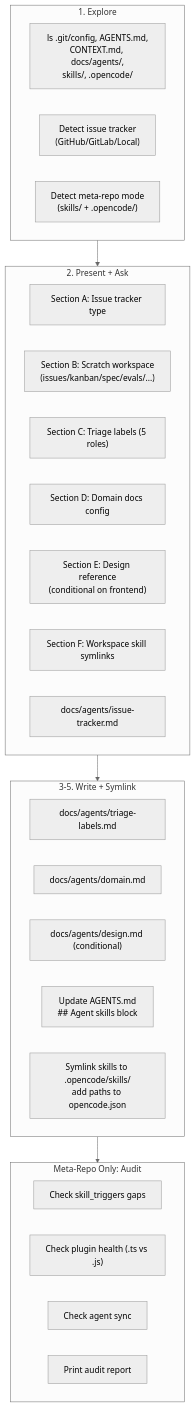
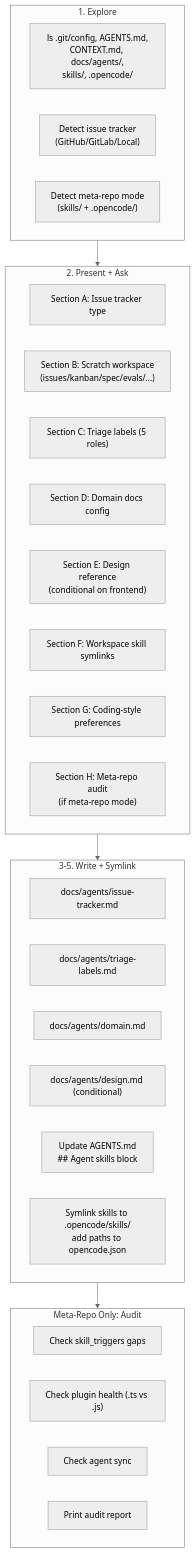
Before and after one commit to TudeOrangBiasa/opencode-workflow: the diagram in skills/engineering/workflow/agent-config/REFERENCE.md, drawn with Mermaid (neutral theme). The commit also changed other lines of this file and 2 other files, not shown here.

First line of the commit message:
feat(agent-config): add Section G coding-style + harden edge cases

````diff
--- a/skills/engineering/workflow/agent-config/REFERENCE.md
+++ b/skills/engineering/workflow/agent-config/REFERENCE.md
@@ -5,34 +5,35 @@
 ```mermaid
 graph TB
     subgraph EXPLORE["1. Explore"]
         A["ls .git/config, AGENTS.md,<br/>CONTEXT.md, docs/agents/,<br/>skills/, .opencode/"]
         B["Detect issue tracker<br/>(GitHub/GitLab/Local)"]
         C["Detect meta-repo mode<br/>(skills/ + .opencode/)"]
     end
     subgraph PRESENT["2. Present + Ask"]
         D["Section A: Issue tracker type"]
         E["Section B: Scratch workspace<br/>(issues/kanban/spec/evals/...)"]
         F["Section C: Triage labels (5 roles)"]
         G["Section D: Domain docs config"]
         H["Section E: Design reference<br/>(conditional on frontend)"]
         I["Section F: Workspace skill symlinks"]
-        J["Section G: Meta-repo audit<br/>(if meta-repo mode)"]
+        CS["Section G: Coding-style preferences"]
+        MT["Section H: Meta-repo audit<br/>(if meta-repo mode)"]
     end
     subgraph WRITE["3-5. Write + Symlink"]
         J["docs/agents/issue-tracker.md"]
         K["docs/agents/triage-labels.md"]
         L["docs/agents/domain.md"]
         M["docs/agents/design.md (conditional)"]
         N["Update AGENTS.md<br/>## Agent skills block"]
         O["Symlink skills to .opencode/skills/<br/>add paths to opencode.json"]
     end
     subgraph AUDIT["Meta-Repo Only: Audit"]
         P["Check skill_triggers gaps"]
         Q["Check plugin health (.ts vs .js)"]
         R["Check agent sync"]
         S["Print audit report"]
     end
     EXPLORE --> PRESENT
     PRESENT --> WRITE
     WRITE --> AUDIT
 ```
````
